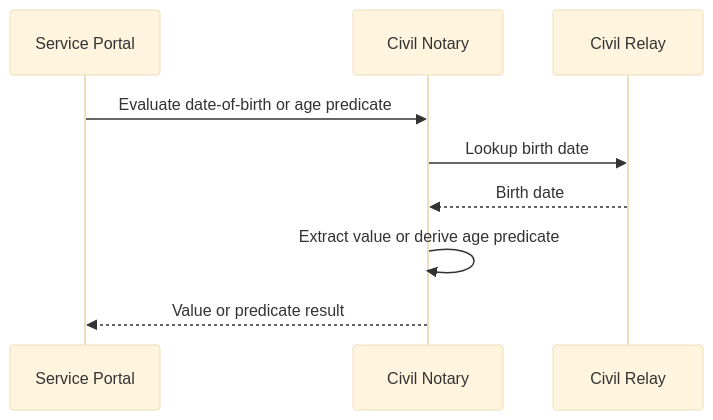
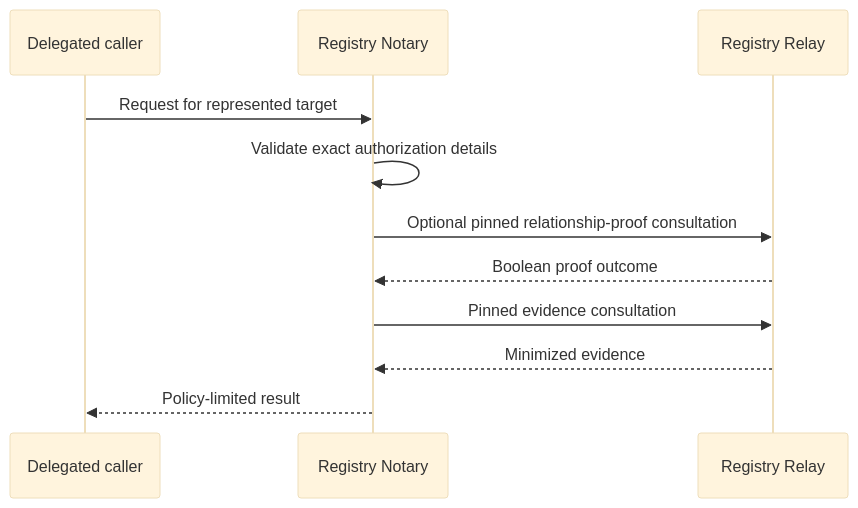
Before and after one commit to registrystack/registry-stack: the third of 3 diagrams in products/notary/docs/notary-scenario-patterns.md, drawn with Mermaid (base theme). The commit also changed other lines of this file and 73 other files, not shown here.

````diff
--- a/products/notary/docs/notary-scenario-patterns.md
+++ b/products/notary/docs/notary-scenario-patterns.md
@@ -141,12 +42,14 @@
 ```mermaid
 sequenceDiagram
-  participant Portal as Service Portal
-  participant Notary as Civil Notary
-  participant Relay as Civil Relay
+  participant Caller as Delegated caller
+  participant Notary as Registry Notary
+  participant Relay as Registry Relay
 
-  Portal->>Notary: Evaluate date-of-birth or age predicate
-  Notary->>Relay: Lookup birth date
-  Relay-->>Notary: Birth date
-  Notary->>Notary: Extract value or derive age predicate
-  Notary-->>Portal: Value or predicate result
+  Caller->>Notary: Request for represented target
+  Notary->>Notary: Validate exact authorization details
+  Notary->>Relay: Optional pinned relationship-proof consultation
+  Relay-->>Notary: Boolean proof outcome
+  Notary->>Relay: Pinned evidence consultation
+  Relay-->>Notary: Minimized evidence
+  Notary-->>Caller: Policy-limited result
 ```
````
